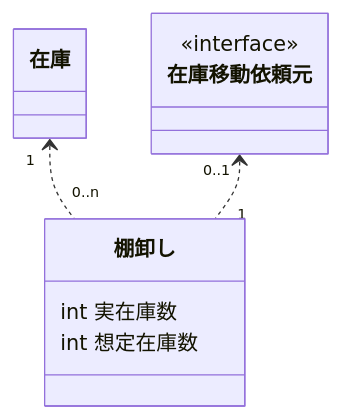
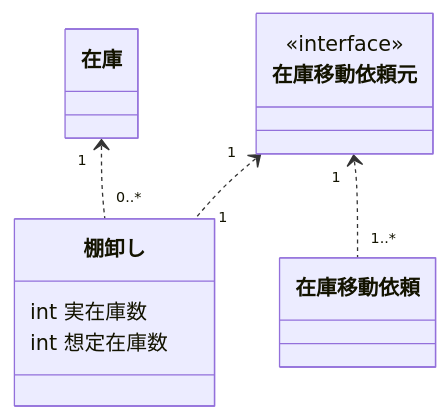
Before and after one commit to motojouya/zenn: the eighth of 9 diagrams in articles/write_uml_for_ddd.md, drawn with Mermaid. The commit also changed other lines of this file, not shown here.

````diff
--- a/articles/write_uml_for_ddd.md
+++ b/articles/write_uml_for_ddd.md
@@ -338,13 +346,14 @@
 ```mermaid
 classDiagram
   class 在庫移動依頼元 {
     <<interface>>
   }
 
   class 棚卸し {
     int 実在庫数
     int 想定在庫数
   }
-  在庫 "1" <.. "0..n" 棚卸し
-  在庫移動依頼元 "0..1" <.. "1" 棚卸し
+  在庫 "1" <.. "0..*" 棚卸し
+  在庫移動依頼元 "1" <.. "1" 棚卸し
+  在庫移動依頼元 "1" <.. "1..*" 在庫移動依頼
 ```
````
